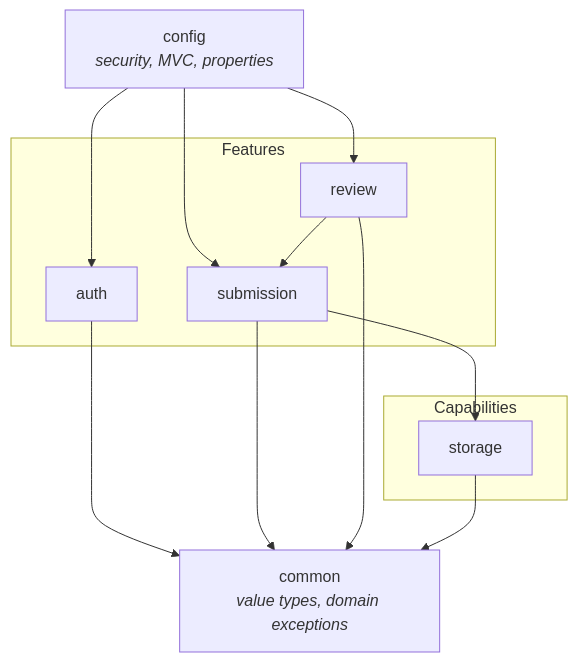
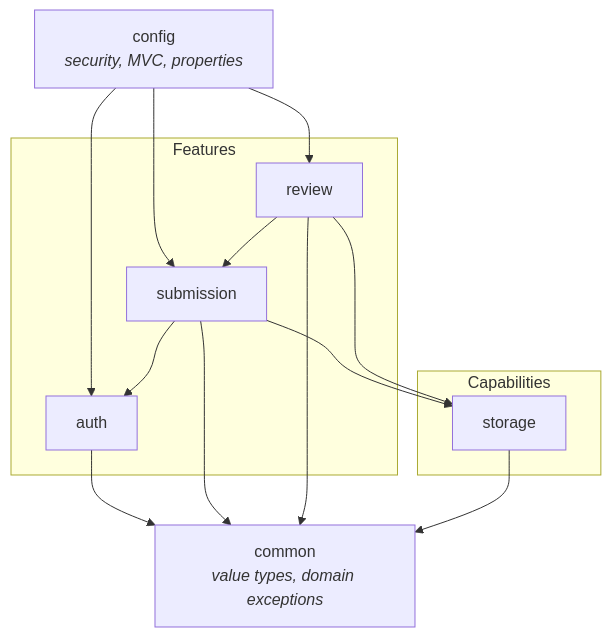
Before and after one commit to Ayush-Gole8/online-assignment-portal: the diagram in docs/architecture/application-structure.md, drawn with Mermaid. The commit also changed other lines of this file and 46 other files, not shown here.

````diff
--- a/docs/architecture/application-structure.md
+++ b/docs/architecture/application-structure.md
@@ -153,28 +182,30 @@
 ```mermaid
 flowchart TD
     Cfg["config<br/><i>security, MVC, properties</i>"]
 
     subgraph F ["Features"]
         Auth["auth"]
         Sub["submission"]
         Rev["review"]
     end
 
     subgraph Cap ["Capabilities"]
         Sto["storage"]
     end
 
     Common["common<br/><i>value types, domain exceptions</i>"]
 
     Cfg --> Auth
     Cfg --> Sub
     Cfg --> Rev
 
     Auth --> Common
     Sub --> Common
     Rev --> Common
     Sto --> Common
 
+    Sub --> Auth
     Sub --> Sto
     Rev --> Sub
+    Rev --> Sto
 ```
````
